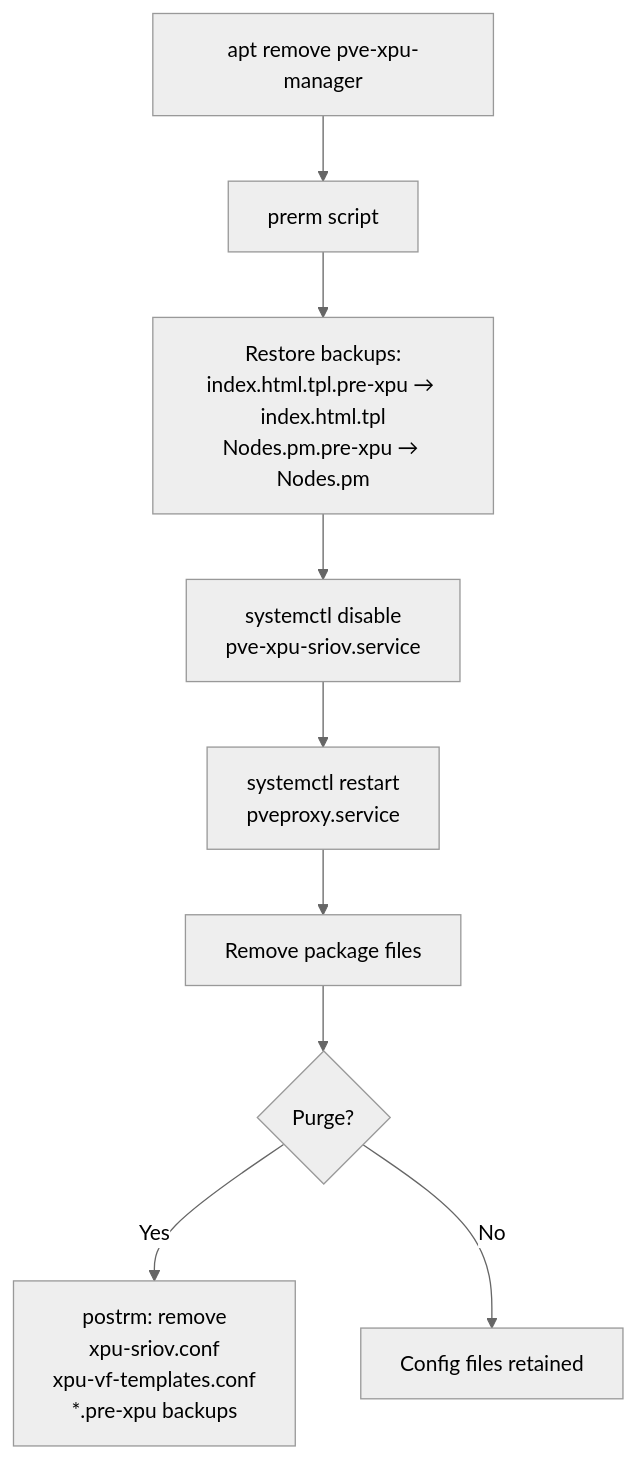
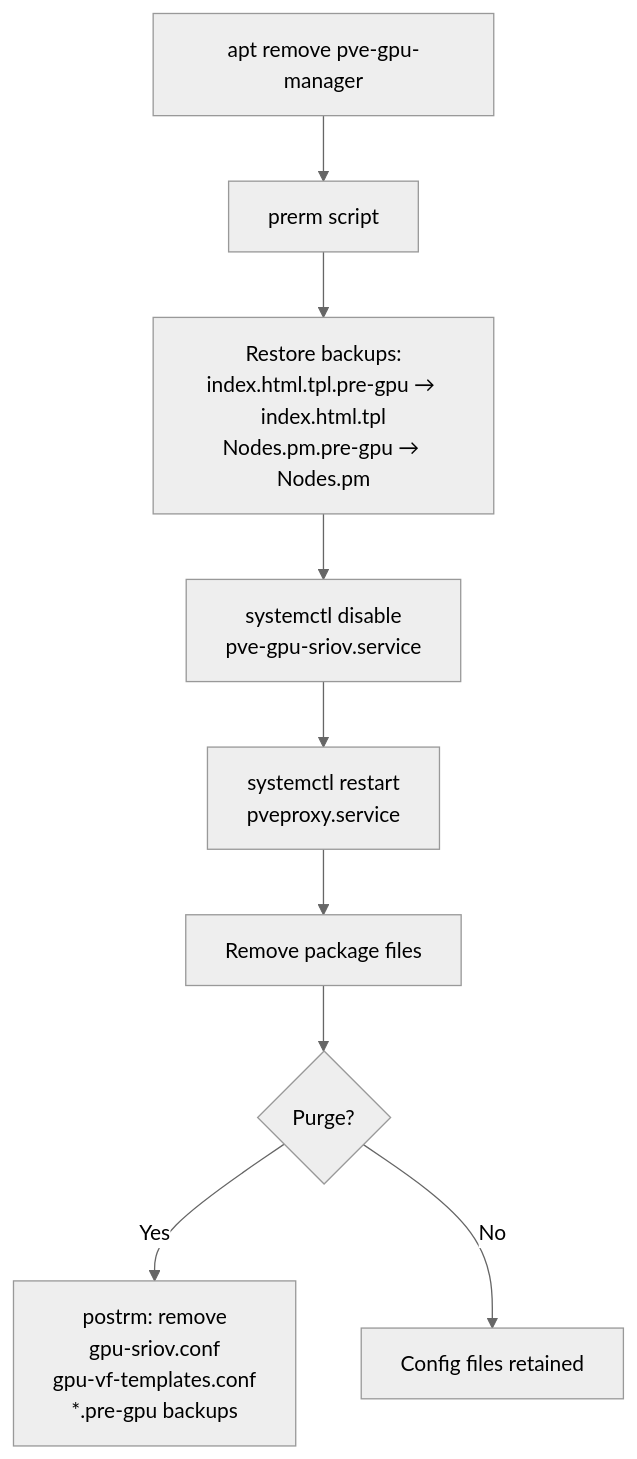
The eighth of 11 diagrams in docs/designs.md (Azerothian/pmx-gpu-manager), drawn with Mermaid (neutral theme) before and after one commit. The commit also changed other lines of this file and 17 other files, not shown here.

First line of the commit message:
Rename Perl modules and API routes from XPU to GPU

````diff
--- a/docs/designs.md
+++ b/docs/designs.md
@@ -351,11 +351,11 @@
 ```mermaid
 flowchart TD
-    A[apt remove pve-xpu-manager] --> B[prerm script]
-    B --> C[Restore backups:<br/>index.html.tpl.pre-xpu → index.html.tpl<br/>Nodes.pm.pre-xpu → Nodes.pm]
-    C --> D[systemctl disable<br/>pve-xpu-sriov.service]
+    A[apt remove pve-gpu-manager] --> B[prerm script]
+    B --> C[Restore backups:<br/>index.html.tpl.pre-gpu → index.html.tpl<br/>Nodes.pm.pre-gpu → Nodes.pm]
+    C --> D[systemctl disable<br/>pve-gpu-sriov.service]
     D --> E[systemctl restart<br/>pveproxy.service]
     E --> F[Remove package files]
     F --> G{Purge?}
-    G -- Yes --> H[postrm: remove<br/>xpu-sriov.conf<br/>xpu-vf-templates.conf<br/>*.pre-xpu backups]
+    G -- Yes --> H[postrm: remove<br/>gpu-sriov.conf<br/>gpu-vf-templates.conf<br/>*.pre-gpu backups]
     G -- No --> I[Config files retained]
 ```
````
